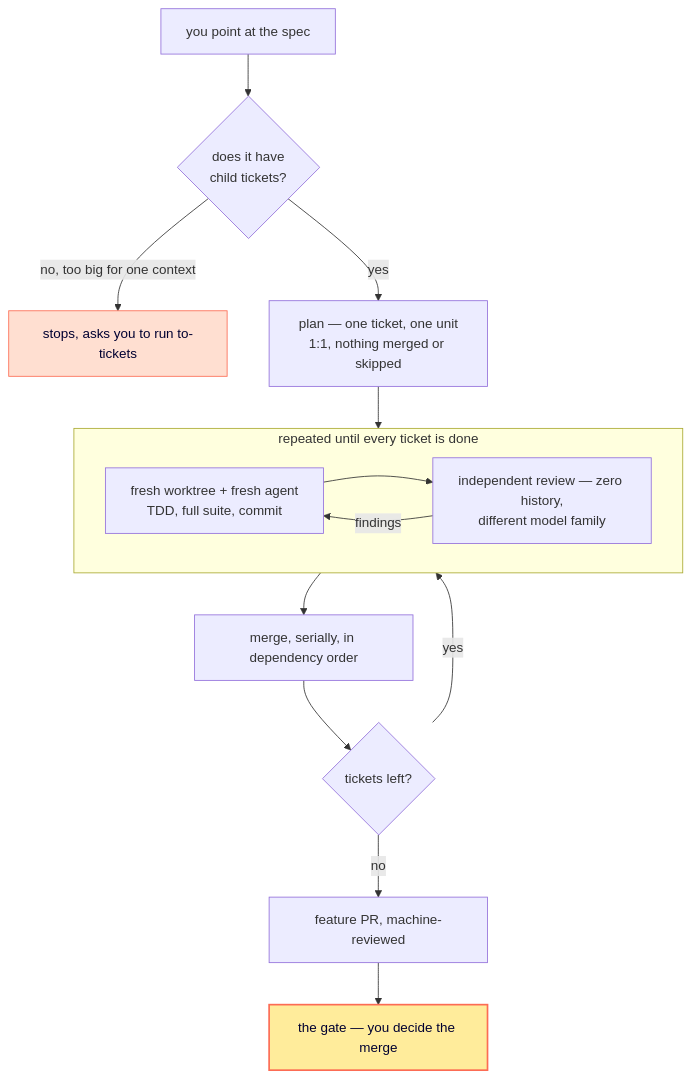
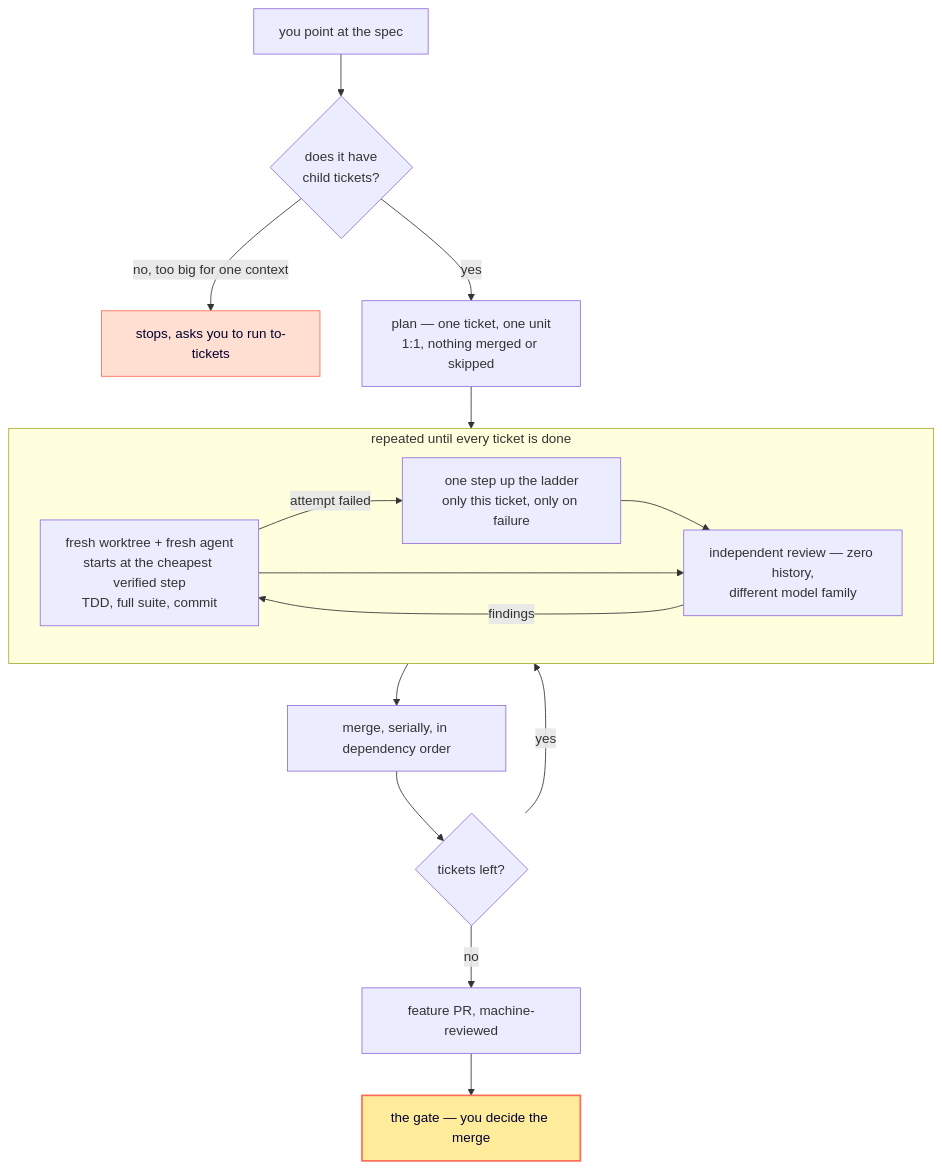
Before and after one commit to phassle/skills: the second of 2 diagrams in README.md, drawn with Mermaid. The commit also changed other lines of this file, not shown here.

First line of the commit message:
readme: lead the dynamic section with the cheap-model ladder

````diff
--- a/README.md
+++ b/README.md
@@ -76,23 +80,26 @@
 ```mermaid
 flowchart TD
   A["you point at the spec"] --> E{"does it have<br/>child tickets?"}
   E -->|no, too big for one context| E2["stops, asks you to run to-tickets"]
   E -->|yes| F["plan — one ticket, one unit<br/>1:1, nothing merged or skipped"]
 
   subgraph wave["repeated until every ticket is done"]
-    H["fresh worktree + fresh agent<br/>TDD, full suite, commit"]
+    H["fresh worktree + fresh agent<br/>starts at the cheapest verified step<br/>TDD, full suite, commit"]
+    H2["one step up the ladder<br/>only this ticket, only on failure"]
     I["independent review — zero history,<br/>different model family"]
+    H -->|"attempt failed"| H2
+    H2 --> I
     H --> I
     I -->|findings| H
   end
 
   F --> wave
   wave --> J["merge, serially, in dependency order"]
   J --> K{"tickets left?"}
   K -->|yes| wave
   K -->|no| M["feature PR, machine-reviewed"]
   M --> N["the gate — you decide the merge"]
 
   style N fill:#FFEC9B,stroke:#FC6C54,stroke-width:2px,color:#010031
   style E2 fill:#FFDFD1,stroke:#FC6C54,color:#010031
 ```
````
